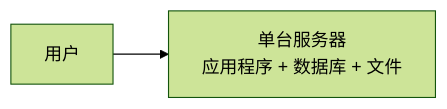
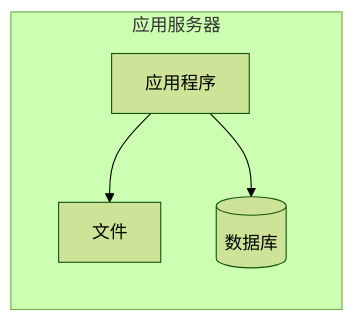
The tenth of 20 diagrams in 01.系统架构设计师教材-清洗版/第10章-软件架构的演化和维护.md (YoungHong1992/ruankao-senior-architecture-designer), drawn with Mermaid (forest theme) before and after one commit. The commit also changed other lines of this file and 24 other files, not shown here.

````diff
--- a/01.系统架构设计师教材-清洗版/第10章-软件架构的演化和维护.md
+++ b/01.系统架构设计师教材-清洗版/第10章-软件架构的演化和维护.md
@@ -682,4 +794,10 @@
 ```mermaid
 flowchart LR
-    User["用户"] --> Server["单台服务器\n应用程序 + 数据库 + 文件"]
+    subgraph AppServer["应用服务器"]
+        App["应用程序"]
+        Files["文件"]
+        DB[("数据库")]
+        App --> Files
+        App --> DB
+    end
 ```
````
